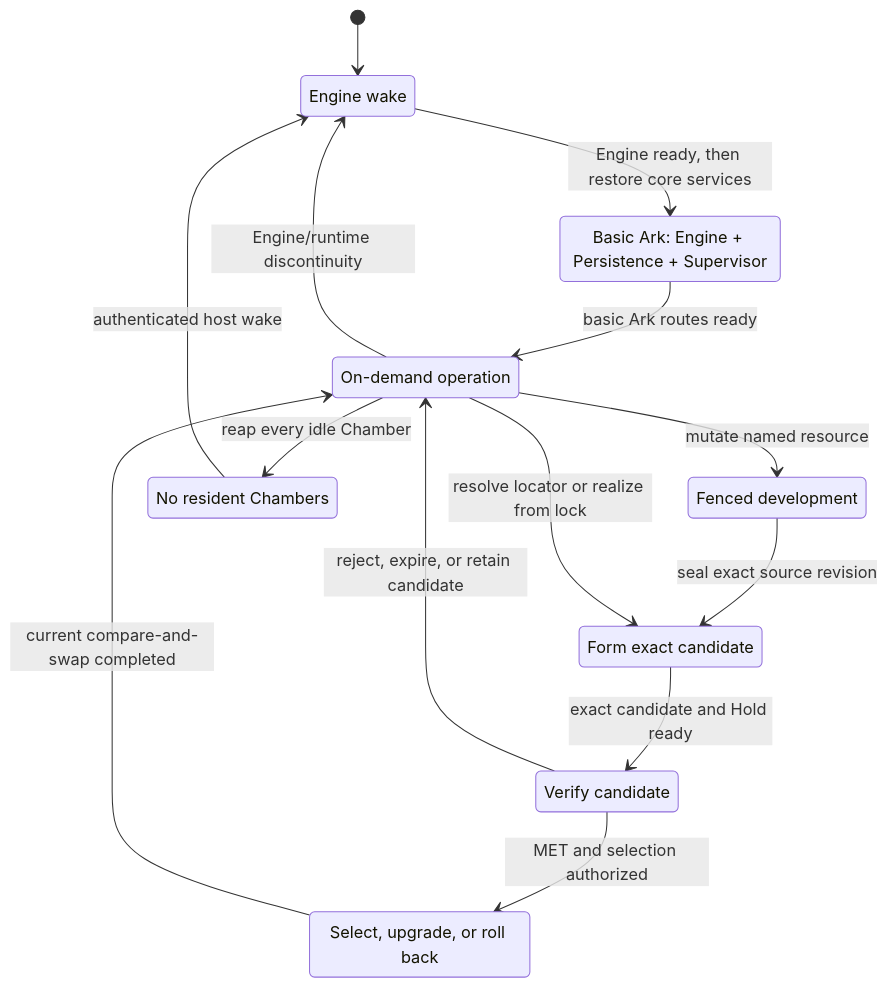
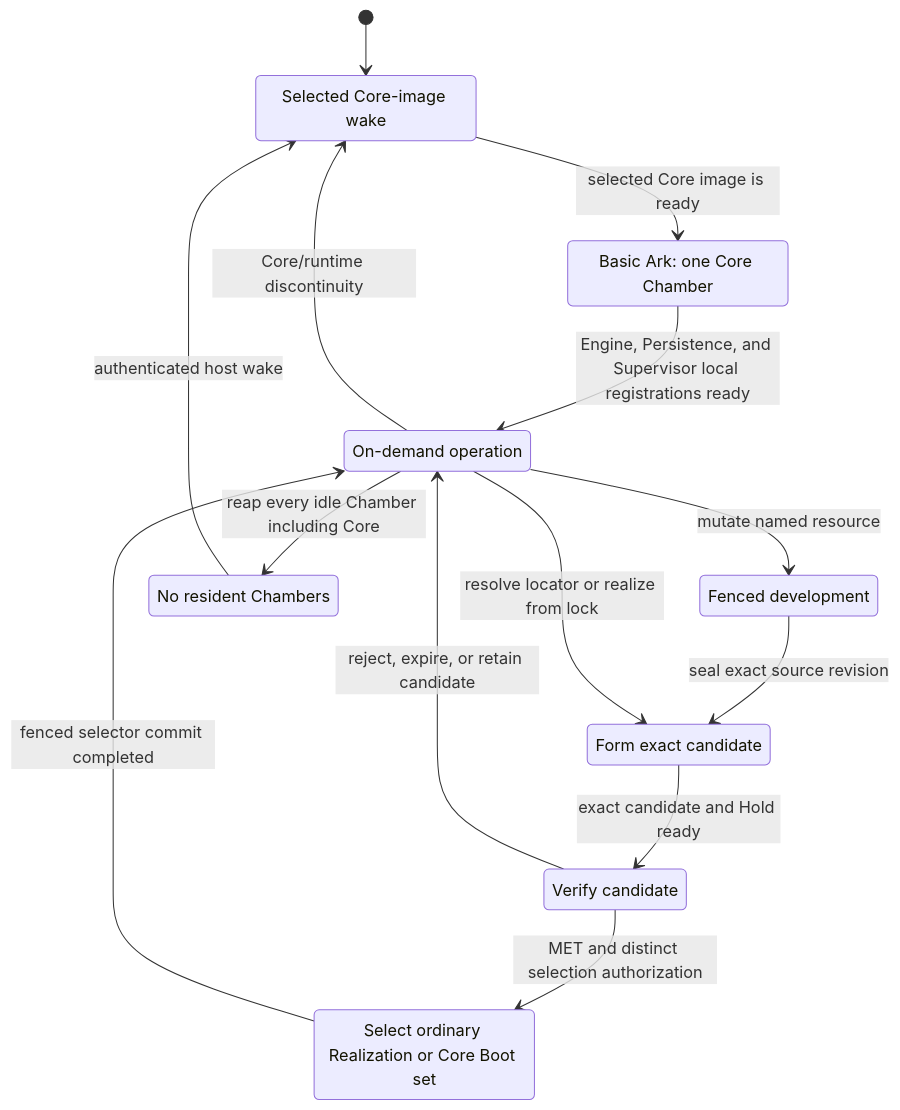
One commit to dreamcatcher-tech/chambers-lifecycle-explorer changed the second of 15 diagrams in source/chambers-lifecycle-sequences.md. Above: the diagram before and after it, drawn with Mermaid. The commit also changed other lines of this file and 8 other files, not shown here.

Commit message:
docs: sync single-image Core lifecycle

````diff
--- a/source/chambers-lifecycle-sequences.md
+++ b/source/chambers-lifecycle-sequences.md
@@ -677,26 +593,26 @@
 ```mermaid
 stateDiagram-v2
     direction TB
-    state "Engine wake" as Wake
-    state "Basic Ark: Engine + Persistence + Supervisor" as Basic
+    state "Selected Core-image wake" as Wake
+    state "Basic Ark: one Core Chamber" as Basic
     state "On-demand operation" as Normal
     state "Fenced development" as Develop
     state "Form exact candidate" as Realize
     state "Verify candidate" as Verify
-    state "Select, upgrade, or roll back" as Select
+    state "Select ordinary Realization or Core Boot set" as Select
     state "No resident Chambers" as Quiescent
 
     [*] --> Wake
-    Wake --> Basic: Engine ready, then restore core services
-    Basic --> Normal: basic Ark routes ready
+    Wake --> Basic: selected Core image is ready
+    Basic --> Normal: Engine, Persistence, and Supervisor local registrations ready
     Normal --> Develop: mutate named resource
     Develop --> Realize: seal exact source revision
     Normal --> Realize: resolve locator or realize from lock
     Realize --> Verify: exact candidate and Hold ready
-    Verify --> Select: MET and selection authorized
+    Verify --> Select: MET and distinct selection authorization
     Verify --> Normal: reject, expire, or retain candidate
-    Select --> Normal: current compare-and-swap completed
-    Normal --> Quiescent: reap every idle Chamber
+    Select --> Normal: fenced selector commit completed
+    Normal --> Quiescent: reap every idle Chamber including Core
     Quiescent --> Wake: authenticated host wake
-    Normal --> Wake: Engine/runtime discontinuity
+    Normal --> Wake: Core/runtime discontinuity
 ```
````
